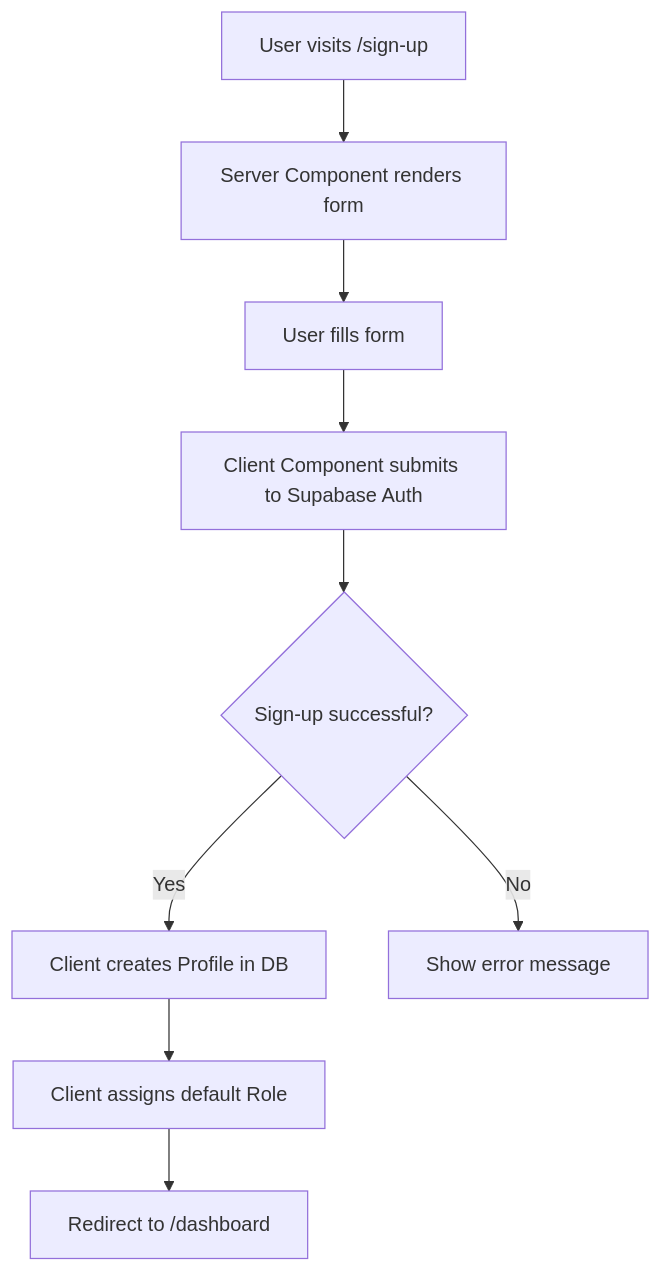
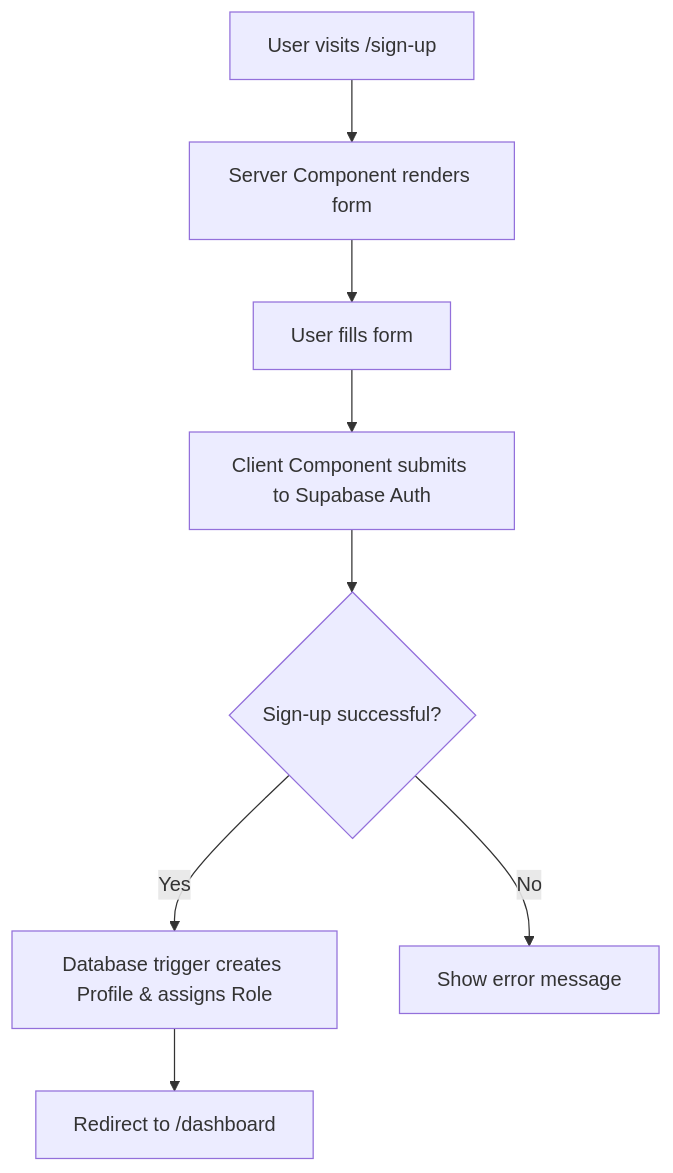
One commit to jahzlariosa/nextjs changed the first of 4 diagrams in docs/architecture/AUTHENTICATION_WORKFLOW.md. Above: the diagram before and after it, drawn with Mermaid. The commit also changed other lines of this file and 6 other files, not shown here.

Commit message:
feat: revert to trigger-based profile creation and update documentation

````diff
--- a/docs/architecture/AUTHENTICATION_WORKFLOW.md
+++ b/docs/architecture/AUTHENTICATION_WORKFLOW.md
@@ -123,11 +156,10 @@
 ```mermaid
 graph TD
     A[User visits /sign-up] --> B[Server Component renders form]
     B --> C[User fills form]
     C --> D[Client Component submits to Supabase Auth]
     D --> E{Sign-up successful?}
-    E -->|Yes| F[Client creates Profile in DB]
-    F --> G[Client assigns default Role]
-    G --> H[Redirect to /dashboard]
-    E -->|No| I[Show error message]
+    E -->|Yes| F[Database trigger creates Profile & assigns Role]
+    F --> G[Redirect to /dashboard]
+    E -->|No| H[Show error message]
 ```
````
